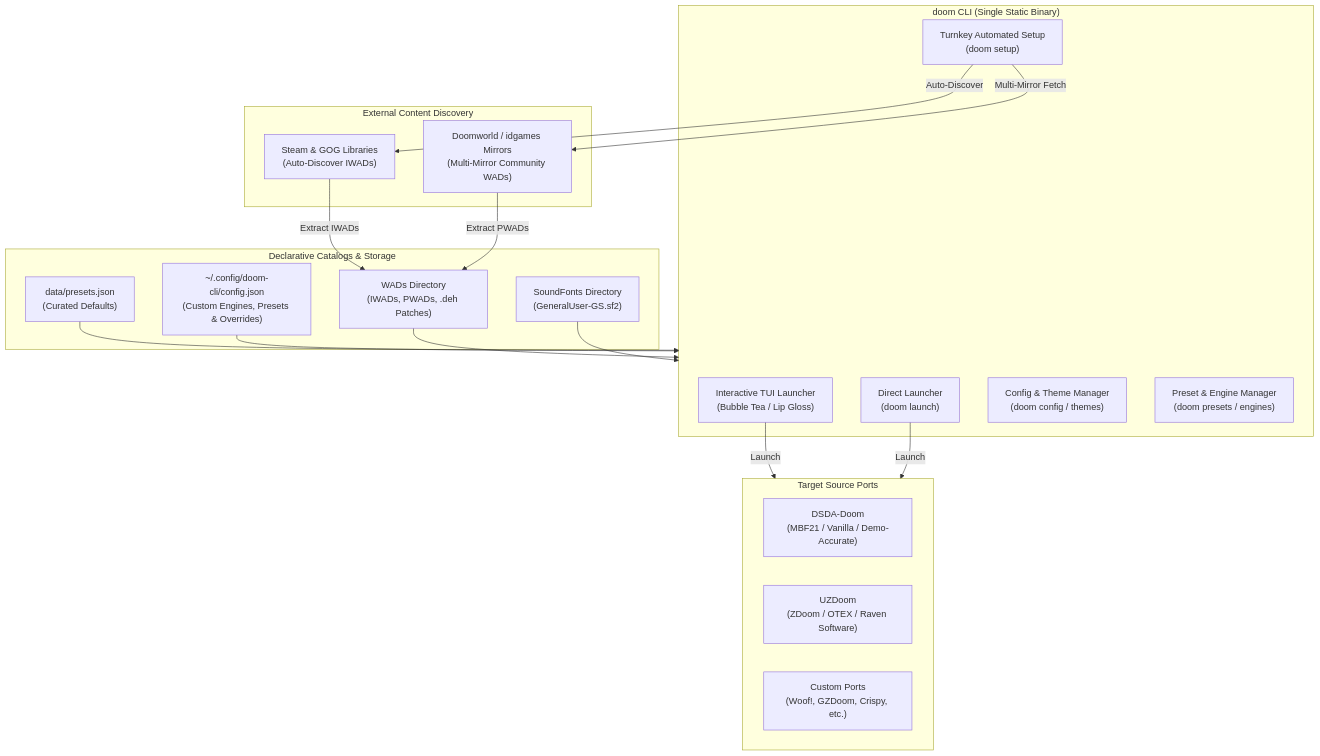
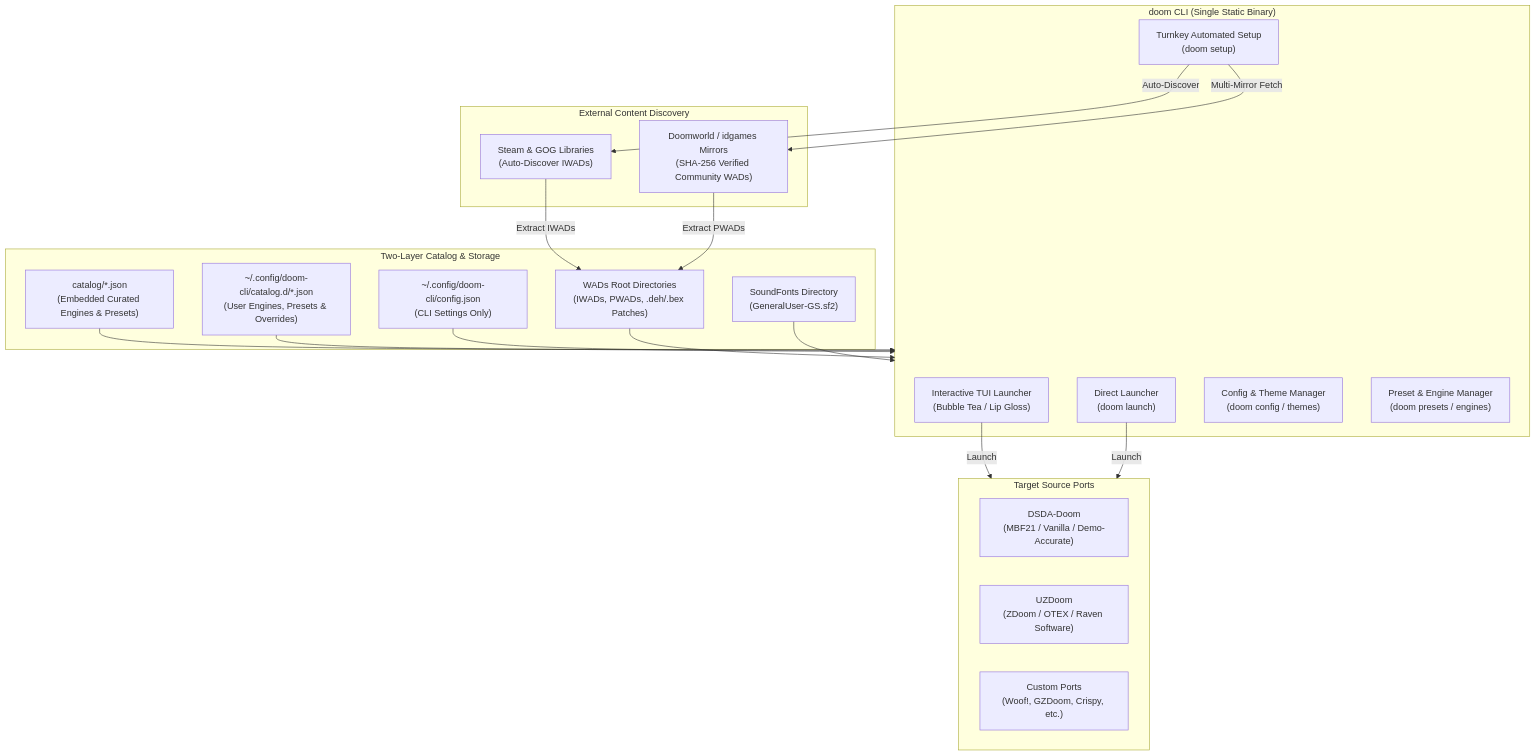
One commit to lock14/doom-cli changed the diagram in CONTRIBUTING.md. Above: the diagram before and after it, drawn with Mermaid. The commit also changed other lines of this file and 86 other files, not shown here.

First line of the commit message:
Replace monolithic preset/config storage with symmetric two-layer entity catalog (#59)

````diff
--- a/CONTRIBUTING.md
+++ b/CONTRIBUTING.md
@@ -49,41 +49,43 @@
 ```mermaid
 flowchart TD
     subgraph CLI ["doom CLI (Single Static Binary)"]
         TUI["Interactive TUI Launcher\n(Bubble Tea / Lip Gloss)"]
         Setup["Turnkey Automated Setup\n(doom setup)"]
         Launch["Direct Launcher\n(doom launch)"]
         ConfigMgr["Config & Theme Manager\n(doom config / themes)"]
         PresetMgr["Preset & Engine Manager\n(doom presets / engines)"]
     end
 
-    subgraph Data ["Declarative Catalogs & Storage"]
-        PresetsJSON["data/presets.json\n(Curated Defaults)"]
-        UserConfig["~/.config/doom-cli/config.json\n(Custom Engines, Presets & Overrides)"]
-        WADsDir["WADs Directory\n(IWADs, PWADs, .deh Patches)"]
+    subgraph Data ["Two-Layer Catalog & Storage"]
+        CatalogDir["catalog/*.json\n(Embedded Curated Engines & Presets)"]
+        UserCatalogDir["~/.config/doom-cli/catalog.d/*.json\n(User Engines, Presets & Overrides)"]
+        UserConfig["~/.config/doom-cli/config.json\n(CLI Settings Only)"]
+        WADsDir["WADs Root Directories\n(IWADs, PWADs, .deh/.bex Patches)"]
         SoundFontsDir["SoundFonts Directory\n(GeneralUser-GS.sf2)"]
     end
 
     subgraph External ["External Content Discovery"]
         Steam["Steam & GOG Libraries\n(Auto-Discover IWADs)"]
-        Mirrors["Doomworld / idgames Mirrors\n(Multi-Mirror Community WADs)"]
+        Mirrors["Doomworld / idgames Mirrors\n(SHA-256 Verified Community WADs)"]
     end
 
     subgraph Engines ["Target Source Ports"]
         DSDA["DSDA-Doom\n(MBF21 / Vanilla / Demo-Accurate)"]
         UZDoom["UZDoom\n(ZDoom / OTEX / Raven Software)"]
         CustomEngines["Custom Ports\n(Woof!, GZDoom, Crispy, etc.)"]
     end
 
     Setup -->|Auto-Discover| Steam
     Setup -->|Multi-Mirror Fetch| Mirrors
     Steam -->|Extract IWADs| WADsDir
     Mirrors -->|Extract PWADs| WADsDir
 
-    PresetsJSON --> CLI
+    CatalogDir --> CLI
+    UserCatalogDir --> CLI
     UserConfig --> CLI
     WADsDir --> CLI
     SoundFontsDir --> CLI
 
     TUI -->|Launch| Engines
     Launch -->|Launch| Engines
 ```
````
